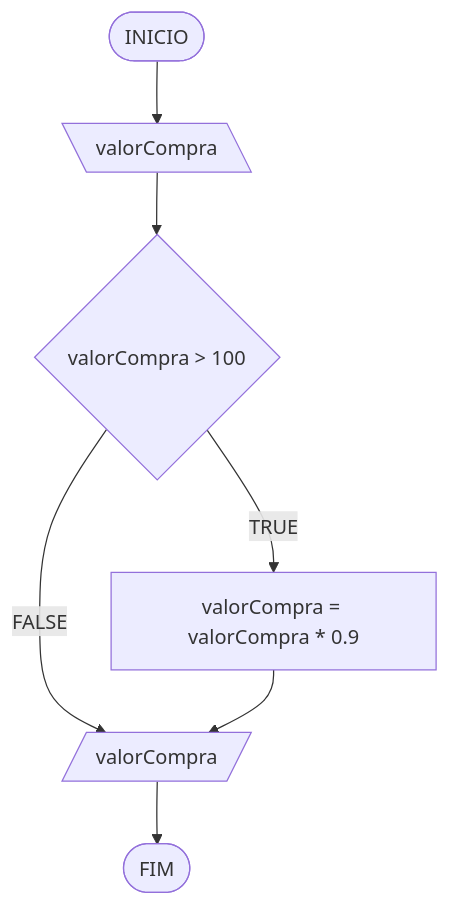
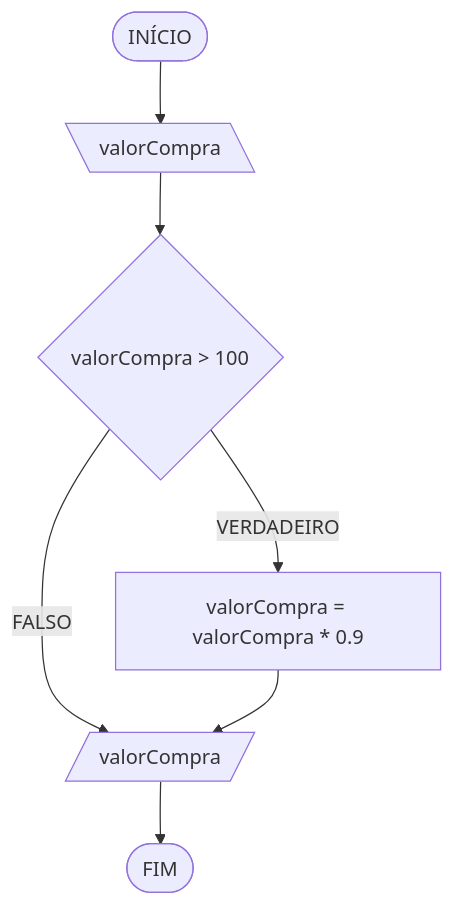
One commit to Carlos-Eduardo-Freitas/JavaScript-C-JAVA-Python changed the third of 6 diagrams in JavaScript/Aula 2: Estruturas Condicionais/Estruturas Condicionais.md. Above: the diagram before and after it, drawn with Mermaid. The commit also changed other lines of this file, not shown here.

````diff
--- a/JavaScript/Aula 2: Estruturas Condicionais/Estruturas Condicionais.md
+++ b/JavaScript/Aula 2: Estruturas Condicionais/Estruturas Condicionais.md
@@ -63,9 +63,9 @@
 ```mermaid
 flowchart TD
-A([INICIO]) --> B[\valorCompra\]
+A([INÍCIO]) --> B[\valorCompra\]
 B --> C{valorCompra > 100}
-C -- TRUE --> D[valorCompra = valorCompra * 0.9]
-C -- FALSE --> E[/valorCompra/]
+C -->|VERDADEIRO| D[valorCompra = valorCompra * 0.9]
+C -->|FALSO| E[/"valorCompra"/]
 D --> E
 E --> F([FIM])
 ```
````
